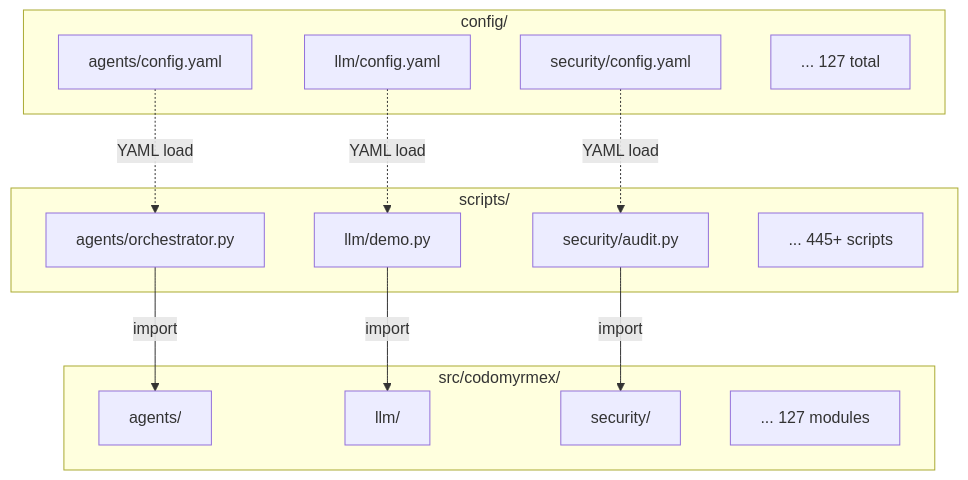
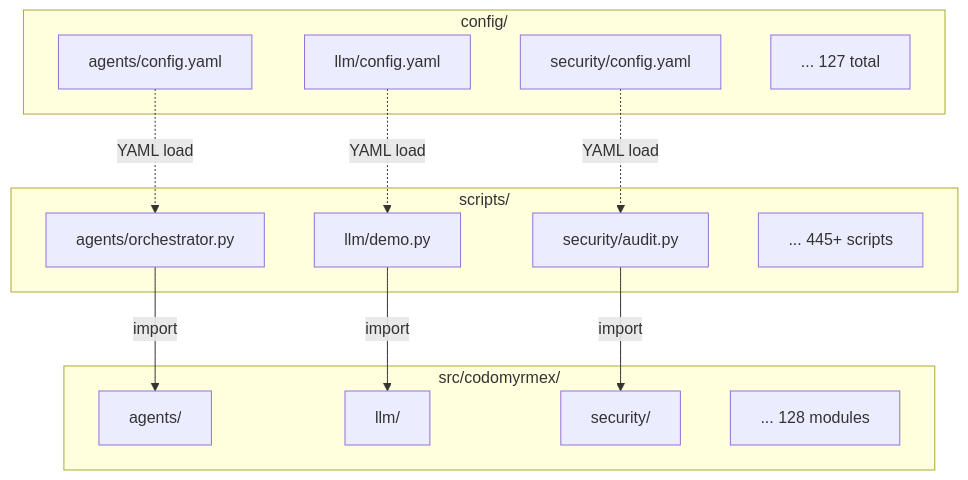
Before and after one commit to docxology/codomyrmex: the sixth of 7 diagrams in .github/README.md, drawn with Mermaid. The commit also changed other lines of this file and 44 other files, not shown here.

````diff
--- a/.github/README.md
+++ b/.github/README.md
@@ -598,30 +598,30 @@
 ```mermaid
 graph TB
     subgraph ConfigRoot["config/"]
         C1["agents/config.yaml"]
         C2["llm/config.yaml"]
         C3["security/config.yaml"]
         Cdots["... 127 total"]
     end
 
     subgraph Scripts["scripts/"]
         S1["agents/orchestrator.py"]
         S2["llm/demo.py"]
         S3["security/audit.py"]
         Sdots["... 445+ scripts"]
     end
 
     subgraph Source["src/codomyrmex/"]
         Src1["agents/"]
         Src2["llm/"]
         Src3["security/"]
-        SrcDots["... 127 modules"]
+        SrcDots["... 128 modules"]
     end
 
     C1 -.->|"YAML load"| S1
     C2 -.->|"YAML load"| S2
     C3 -.->|"YAML load"| S3
     S1 -->|"import"| Src1
     S2 -->|"import"| Src2
     S3 -->|"import"| Src3
 ```
````
